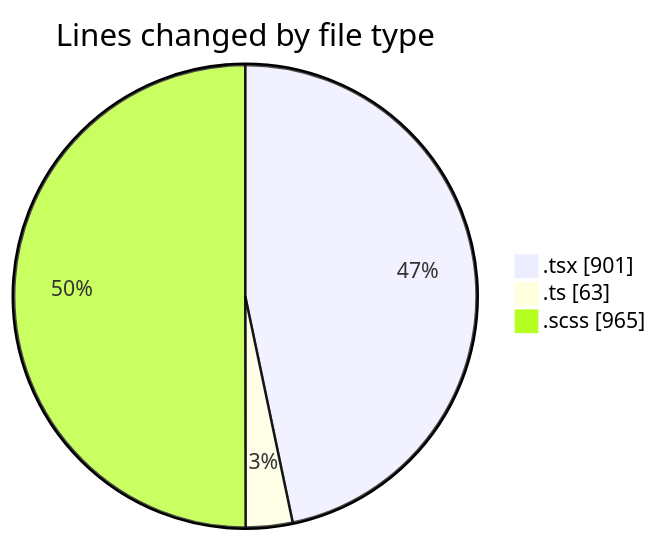
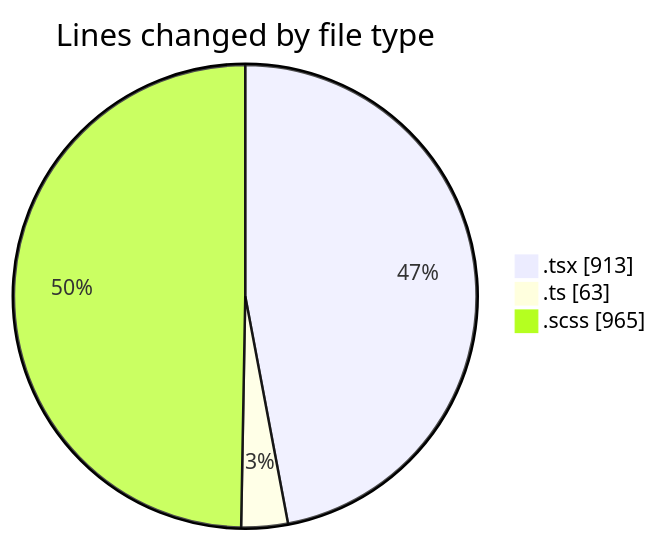
The first of 2 diagrams in 2025-04-02/cda/README.md (momahboobian/code-tracking), drawn with Mermaid before and after one commit. The commit also changed other lines of this file and 1 other file, not shown here.

````diff
--- a/2025-04-02/cda/README.md
+++ b/2025-04-02/cda/README.md
@@ -27,7 +27,7 @@
 ```mermaid
 pie showData
 title Lines changed by file type
-".tsx" : 901
+".tsx" : 913
 ".ts" : 63
 ".scss" : 965
 ```
````
